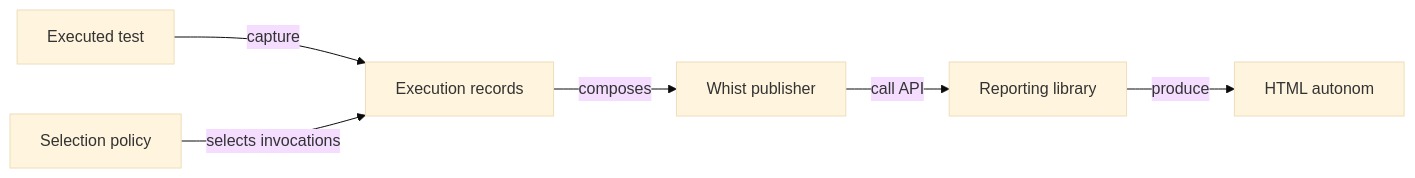
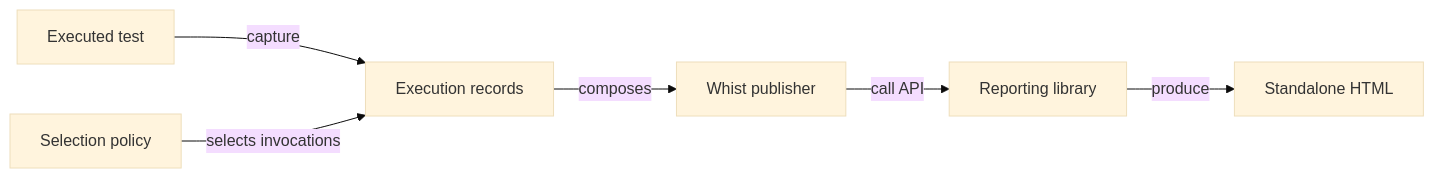
One commit to crististefanita/atf_j4 changed the diagram in docs/reporting/README.md. Above: the diagram before and after it, drawn with Mermaid (base theme). The commit also changed other lines of this file and 126 other files, not shown here.

````diff
--- a/docs/reporting/README.md
+++ b/docs/reporting/README.md
@@ -9,8 +9,8 @@
 ```mermaid
 flowchart LR
 TEST[Executed test] -->|capture| RECEIPT[Execution records]
 SELECT[Selection policy] -->|selects invocations| RECEIPT
 RECEIPT -->|composes| CONSUMER[Whist publisher]
 CONSUMER -->|call API| LIB[Reporting library]
-LIB -->|produce| HTML[HTML autonom]
+LIB -->|produce| HTML[Standalone HTML]
 ```
````
